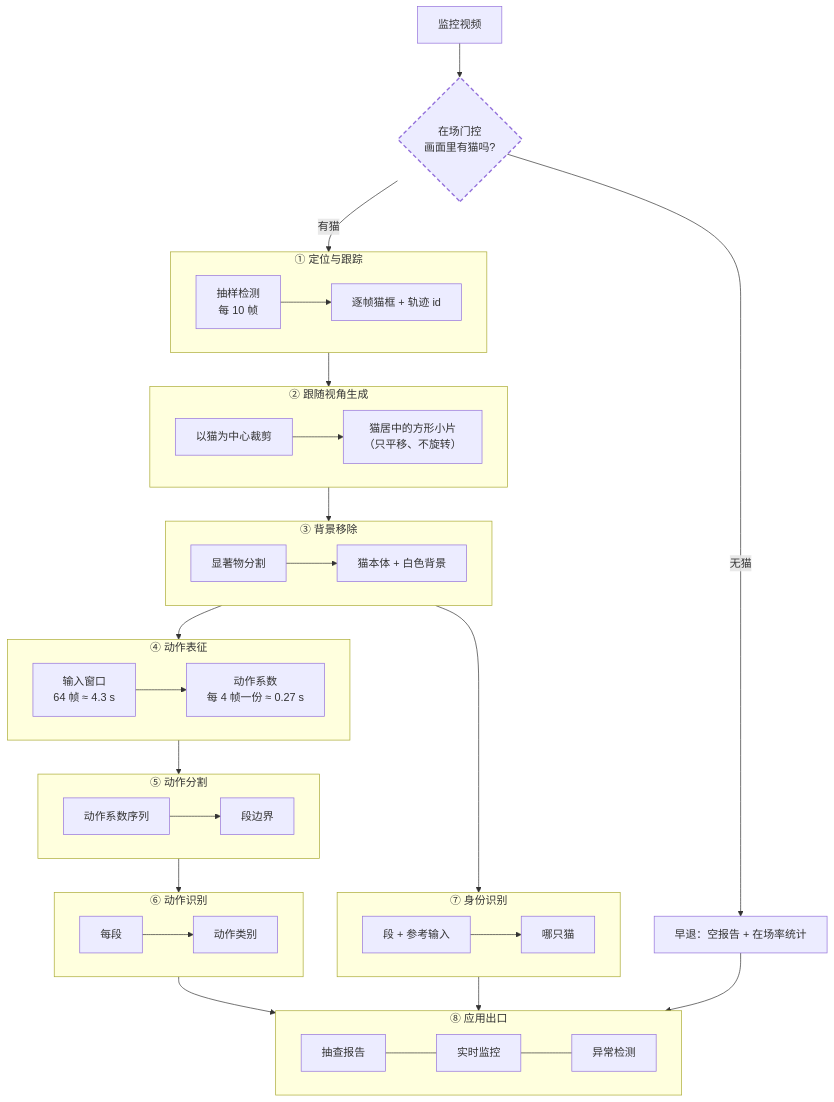
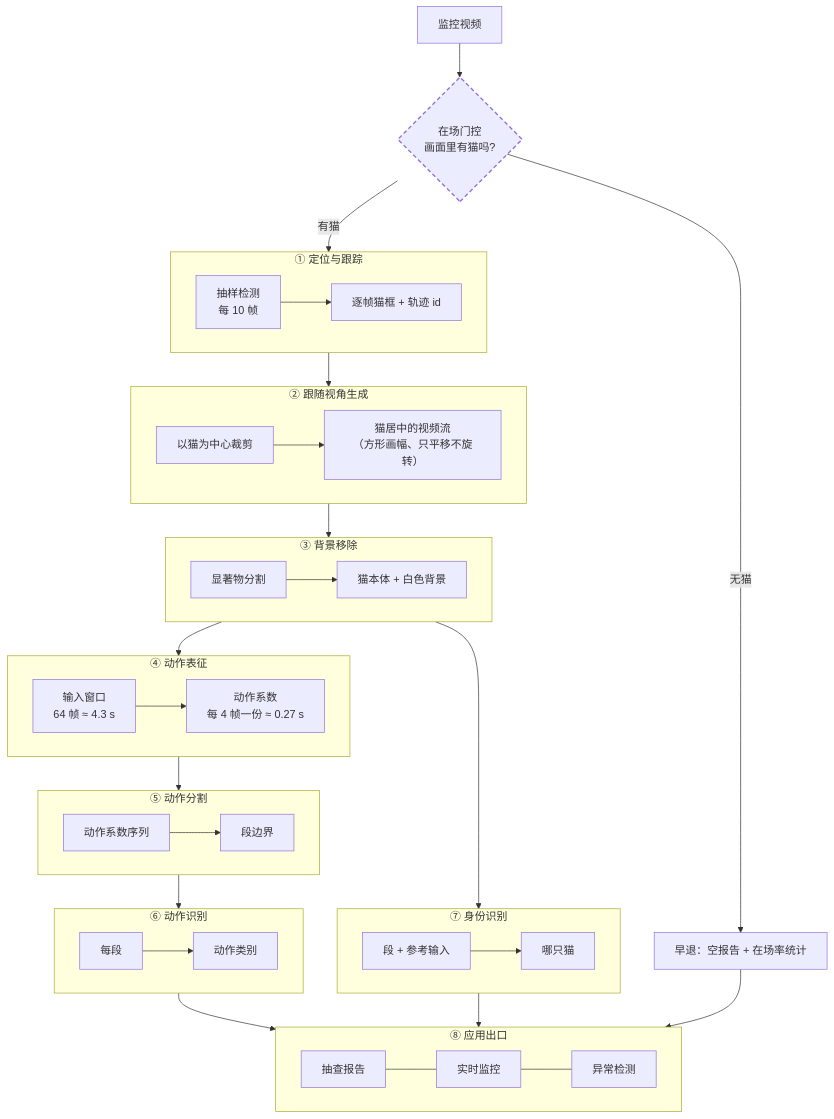
The first of 4 diagrams in management/docs/architecture.md (gongshangzheng/pet-action-recognition), drawn with Mermaid before and after one commit. The commit also changed other lines of this file, not shown here.

Commit message:
docs(architecture): 总图用词修正——「小片」改为「猫居中的视频流」（与环节②输出契约一致）

````diff
--- a/management/docs/architecture.md
+++ b/management/docs/architecture.md
@@ -26,58 +26,58 @@
 ```mermaid
 flowchart TD
     V[监控视频] --> GATE{"在场门控<br/>画面里有猫吗?"}
     GATE -->|"无猫"| EMPTY["早退：空报告 + 在场率统计"]
     GATE -->|"有猫"| S1
 
     subgraph S1["① 定位与跟踪"]
         direction LR
         A1["抽样检测<br/>每 10 帧"] --> A2["逐帧猫框 + 轨迹 id"]
     end
 
     subgraph S2["② 跟随视角生成"]
         direction LR
-        B1["以猫为中心裁剪"] --> B2["猫居中的方形小片<br/>（只平移、不旋转）"]
+        B1["以猫为中心裁剪"] --> B2["猫居中的视频流<br/>（方形画幅、只平移不旋转）"]
     end
 
     subgraph S3["③ 背景移除"]
         direction LR
         C1["显著物分割"] --> C2["猫本体 + 白色背景"]
     end
 
     subgraph S4["④ 动作表征"]
         direction LR
         D1["输入窗口<br/>64 帧 ≈ 4.3 s"] --> D2["动作系数<br/>每 4 帧一份 ≈ 0.27 s"]
     end
 
     subgraph S5["⑤ 动作分割"]
         direction LR
         G1["动作系数序列"] --> G2["段边界"]
     end
 
     subgraph S6["⑥ 动作识别"]
         direction LR
         H1["每段"] --> H2["动作类别"]
     end
 
     subgraph S7["⑦ 身份识别"]
         direction LR
         E1["段 + 参考输入"] --> E2["哪只猫"]
     end
 
     subgraph S8["⑧ 应用出口"]
         direction LR
         F1["抽查报告"] --- F2["实时监控"] --- F3["异常检测"]
     end
 
     S1 --> S2
     S2 --> S3
     S3 --> S4
     S4 --> S5
     S5 --> S6
     S6 --> S8
     S3 --> S7
     S7 --> S8
     EMPTY --> S8
 
     style GATE stroke-dasharray: 6 4,stroke-width:2px
 ```
````
